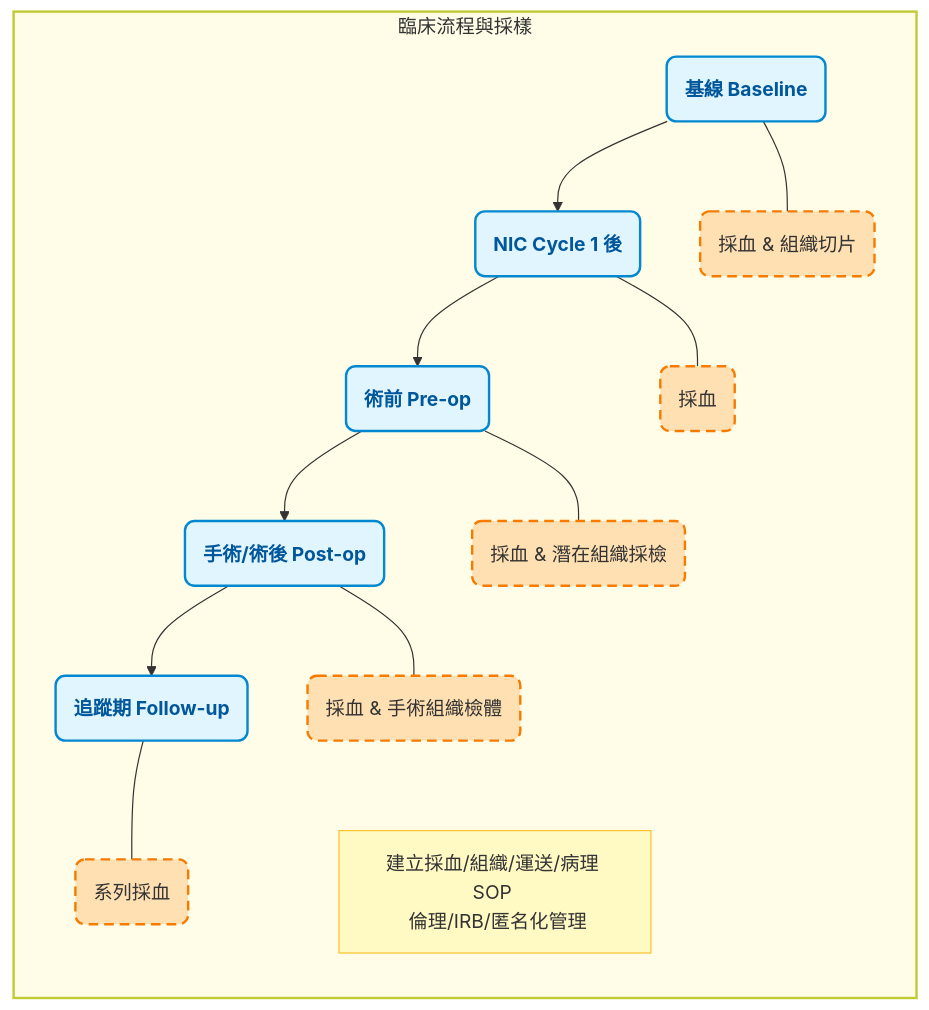
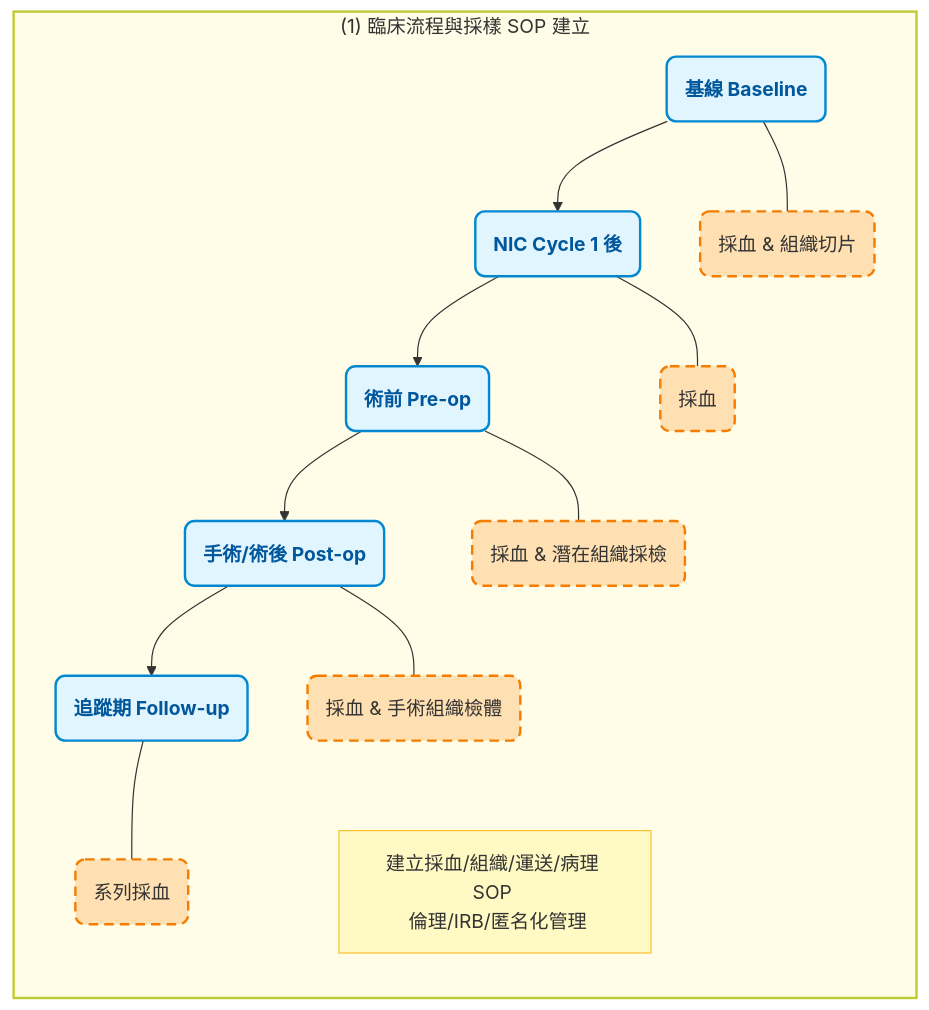
Before and after one commit to lionsmanic/pic: the diagram in README1.MD, drawn with Mermaid.

Commit message:
Update and rename READMME1.MD to README1.MD

````diff
--- a/README1.MD
+++ b/README1.MD
@@ -1,33 +1,33 @@
 ```mermaid
 graph TB
     %% --- 定義樣式 ---
     classDef timeline fill:#e1f5fe,stroke:#0288d1,stroke-width:2px,color:#01579b,font-weight:bold,rx:8,ry:8;
     classDef sampling fill:#ffe0b2,stroke:#f57c00,stroke-width:2px,stroke-dasharray: 8 5,rx:8,ry:8;
     classDef sop fill:#fff9c4,stroke:#fbc02d,stroke-width:1px,rx:0,ry:0;
     classDef container fill:#fffde7,stroke:#c0ca33,stroke-width:2px;
 
     %% --- 主容器 ---
-    subgraph MainContainer ["臨床流程與採樣"]
+    subgraph MainContainer ["(1) 臨床流程與採樣 SOP 建立"]
         direction TB
 
         %% --- 時間軸流程 (藍色區塊) ---
         T1("基線 Baseline"):::timeline --> T2("NIC Cycle 1 後"):::timeline --> T3("術前 Pre-op"):::timeline --> T4("手術/術後 Post-op"):::timeline --> T5("追蹤期 Follow-up"):::timeline
 
         %% --- 採樣動作 (橘色虛線區塊) ---
         %% 透過連結將採樣區塊掛在對應的時間點下方
         T1 --- S1("採血 & 組織切片"):::sampling
         T2 --- S2("採血"):::sampling
         T3 --- S3("採血 & 潛在組織採檢"):::sampling
         T4 --- S4("採血 & 手術組織檢體"):::sampling
         T5 --- S5("系列採血"):::sampling
 
         %% --- SOP 基礎建設 (黃色區塊) ---
         %% 使用隱藏連結 (~~~) 將其定位於整體流程的右下方
         SOP_Docs["建立採血/組織/運送/病理 SOP <br/> 倫理/IRB/匿名化管理"]:::sop
         T4 ~~~ SOP_Docs
         T5 ~~~ SOP_Docs
 
     end
     %% 應用最外層容器樣式
     class MainContainer container
 ```
````
